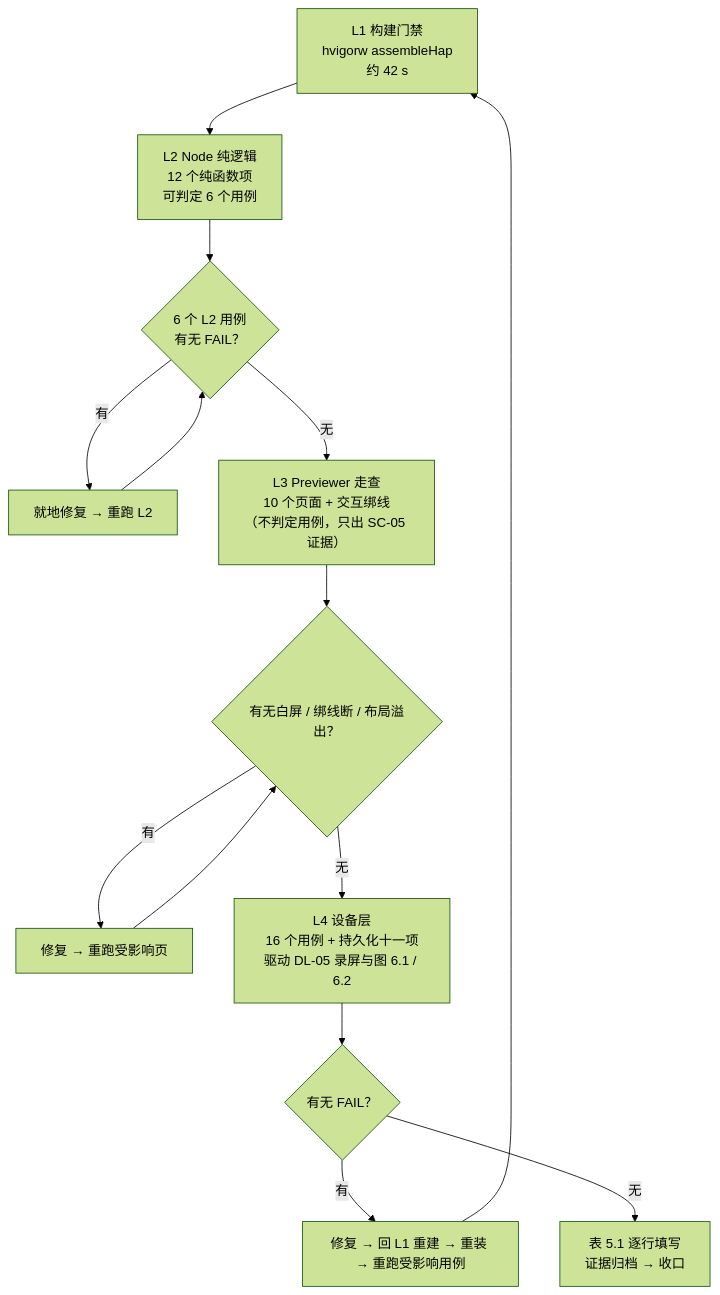
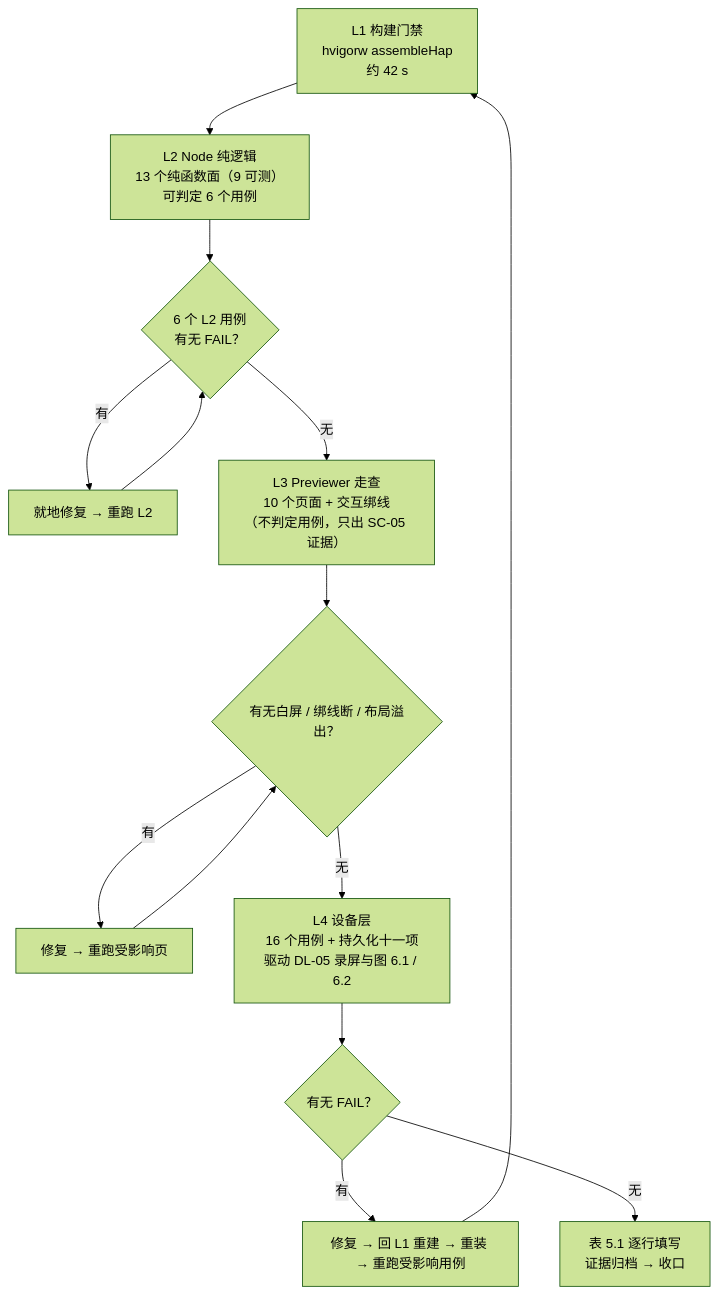
Before and after one commit to Yu-qiamWei/SmartDorm-HarmonyOS: the second of 2 diagrams in design/测试执行方案-阶段五.md, drawn with Mermaid (forest theme). The commit also changed other lines of this file, not shown here.

Commit message:
docs(design): revise stage-5 L2 plan to zero-dependency node type stripping

````diff
--- a/design/测试执行方案-阶段五.md
+++ b/design/测试执行方案-阶段五.md
@@ -395,16 +447,16 @@
 ```mermaid
 graph TD
-    L1["L1 构建门禁<br/>hvigorw assembleHap<br/>约 42 s"] --> L2["L2 Node 纯逻辑<br/>12 个纯函数项<br/>可判定 6 个用例"]
+    L1["L1 构建门禁<br/>hvigorw assembleHap<br/>约 42 s"] --> L2["L2 Node 纯逻辑<br/>13 个纯函数面（9 可测）<br/>可判定 6 个用例"]
     L2 --> G2{"6 个 L2 用例<br/>有无 FAIL？"}
     G2 -- "有" --> FIX2["就地修复 → 重跑 L2"]
     FIX2 --> G2
     G2 -- "无" --> L3["L3 Previewer 走查<br/>10 个页面 + 交互绑线<br/>（不判定用例，只出 SC-05 证据）"]
     L3 --> G3{"有无白屏 / 绑线断 / 布局溢出？"}
     G3 -- "有" --> FIX3["修复 → 重跑受影响页"]
     FIX3 --> G3
     G3 -- "无" --> L4["L4 设备层<br/>16 个用例 + 持久化十一项<br/>驱动 DL-05 录屏与图 6.1 / 6.2"]
     L4 --> G4{"有无 FAIL？"}
     G4 -- "有" --> FIX4["修复 → 回 L1 重建 → 重装 → 重跑受影响用例"]
     FIX4 --> L1
     G4 -- "无" --> DONE["表 5.1 逐行填写<br/>证据归档 → 收口"]
 ```
````
